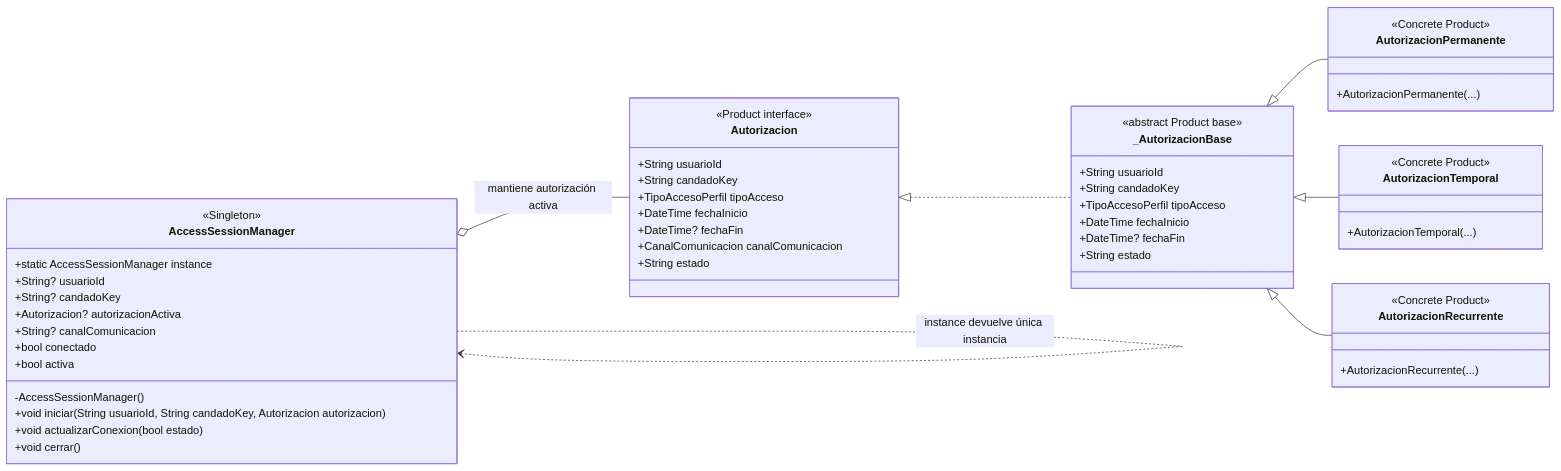
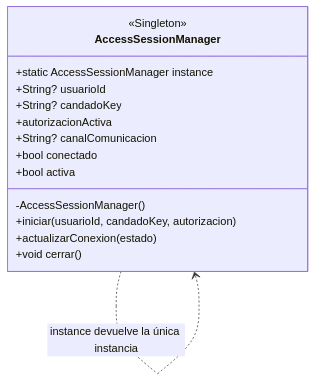
The diagram in diagramas patrones creacionales/05-singleton.md (ktncharris018/ekeyless-supabase), drawn with Mermaid before and after one commit. The commit also changed other lines of this file and 4 other files, not shown here.

Commit message:
docs: depurar diagramas con roles estrictos de patrones

````diff
--- a/diagramas patrones creacionales/05-singleton.md
+++ b/diagramas patrones creacionales/05-singleton.md
@@ -7,62 +7,19 @@
 ```mermaid
 classDiagram
-    direction LR
-
     class AccessSessionManager {
         <<Singleton>>
         -AccessSessionManager()
         +static AccessSessionManager instance
         +String? usuarioId
         +String? candadoKey
-        +Autorizacion? autorizacionActiva
+        +autorizacionActiva
         +String? canalComunicacion
         +bool conectado
         +bool activa
-        +void iniciar(String usuarioId, String candadoKey, Autorizacion autorizacion)
-        +void actualizarConexion(bool estado)
+        +iniciar(usuarioId, candadoKey, autorizacion)
+        +actualizarConexion(estado)
         +void cerrar()
     }
 
-    class Autorizacion {
-        <<Product interface>>
-        +String usuarioId
-        +String candadoKey
-        +TipoAccesoPerfil tipoAcceso
-        +DateTime fechaInicio
-        +DateTime? fechaFin
-        +CanalComunicacion canalComunicacion
-        +String estado
-    }
-
-    class _AutorizacionBase {
-        <<abstract Product base>>
-        +String usuarioId
-        +String candadoKey
-        +TipoAccesoPerfil tipoAcceso
-        +DateTime fechaInicio
-        +DateTime? fechaFin
-        +String estado
-    }
-
-    class AutorizacionPermanente {
-        <<Concrete Product>>
-        +AutorizacionPermanente(...)
-    }
-
-    class AutorizacionTemporal {
-        <<Concrete Product>>
-        +AutorizacionTemporal(...)
-    }
-
-    class AutorizacionRecurrente {
-        <<Concrete Product>>
-        +AutorizacionRecurrente(...)
-    }
-
-    Autorizacion <|.. _AutorizacionBase
-    _AutorizacionBase <|-- AutorizacionPermanente
-    _AutorizacionBase <|-- AutorizacionTemporal
-    _AutorizacionBase <|-- AutorizacionRecurrente
-    AccessSessionManager o-- Autorizacion : mantiene autorización activa
-    AccessSessionManager ..> AccessSessionManager : instance devuelve única instancia
+    AccessSessionManager ..> AccessSessionManager : instance devuelve la única instancia
 ```
````
